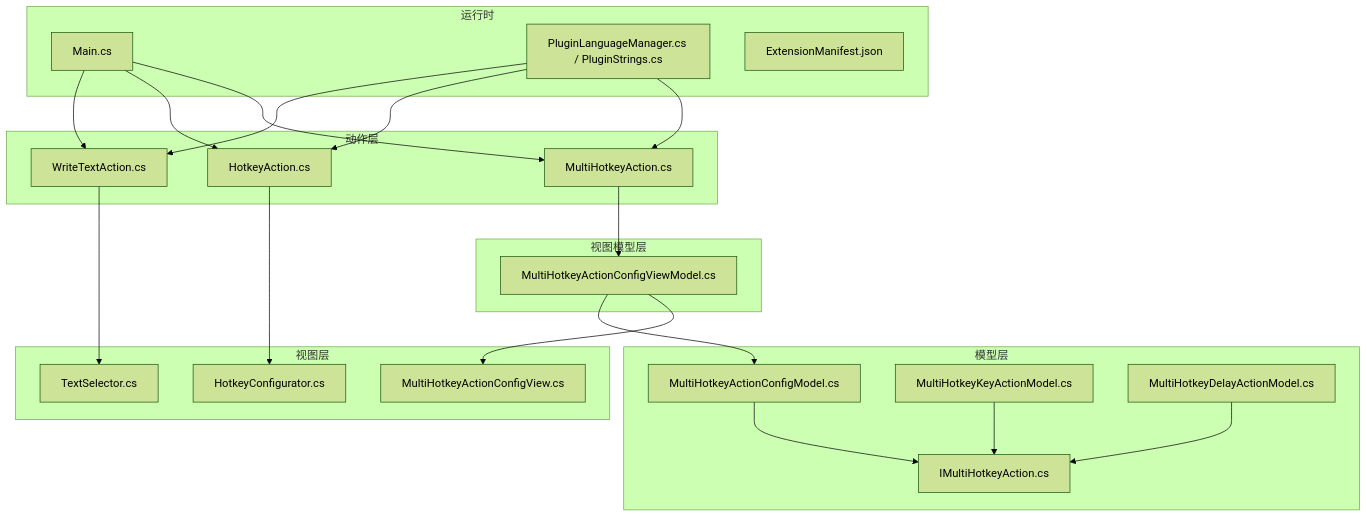
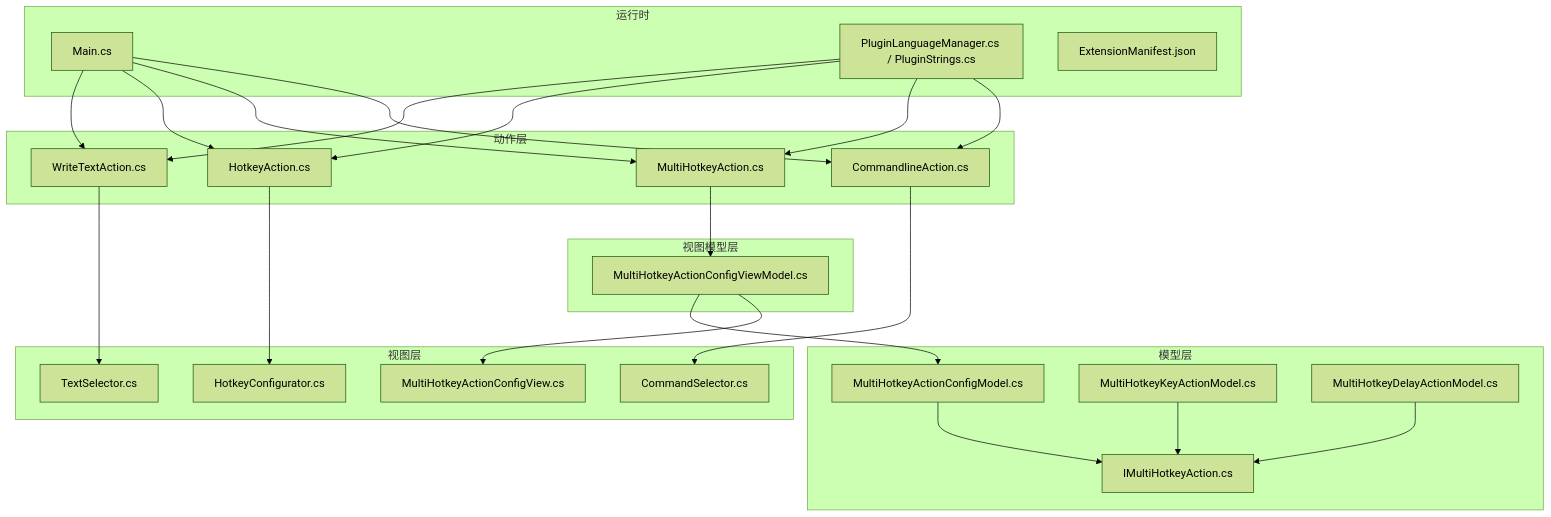
The first of 7 diagrams in .qoder/repowiki/zh/content/核心功能/文本输入与热键系统.md (tea4go/Macro-Deck-Windows-Utils-Plugin), drawn with Mermaid (forest theme) before and after one commit. The commit also changed other lines of this file and 39 other files, not shown here.

````diff
--- a/.qoder/repowiki/zh/content/核心功能/文本输入与热键系统.md
+++ b/.qoder/repowiki/zh/content/核心功能/文本输入与热键系统.md
@@ -52,41 +63,46 @@
 ```mermaid
 graph TB
 subgraph "动作层"
 WTA["WriteTextAction.cs"]
 HK["HotkeyAction.cs"]
 MHK["MultiHotkeyAction.cs"]
+CLA["CommandlineAction.cs"]
 end
 subgraph "模型层"
 IMH["IMultiHotkeyAction.cs"]
 MHKModel["MultiHotkeyActionConfigModel.cs"]
 MHKKey["MultiHotkeyKeyActionModel.cs"]
 MHKDelay["MultiHotkeyDelayActionModel.cs"]
 end
 subgraph "视图模型层"
 VM["MultiHotkeyActionConfigViewModel.cs"]
 end
 subgraph "视图层"
 V["MultiHotkeyActionConfigView.cs"]
 TSC["TextSelector.cs"]
 HKC["HotkeyConfigurator.cs"]
+CSC["CommandSelector.cs"]
 end
 subgraph "运行时"
 MAIN["Main.cs"]
 LANG["PluginLanguageManager.cs / PluginStrings.cs"]
 MANI["ExtensionManifest.json"]
 end
 WTA --> TSC
 HK --> HKC
 MHK --> VM
 VM --> MHKModel
 MHKModel --> IMH
 MHKKey --> IMH
 MHKDelay --> IMH
 VM --> V
+CLA --> CSC
 MAIN --> WTA
 MAIN --> HK
 MAIN --> MHK
+MAIN --> CLA
 LANG --> WTA
 LANG --> HK
 LANG --> MHK
+LANG --> CLA
 ```
````
